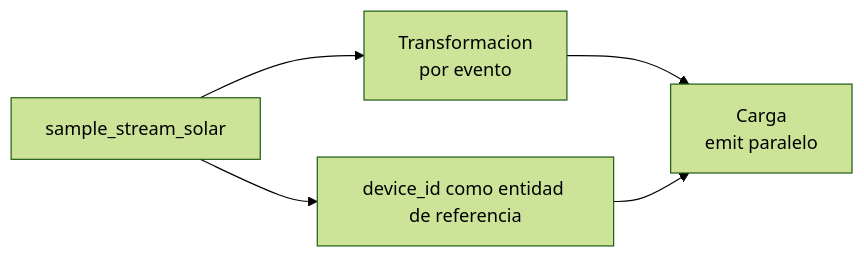
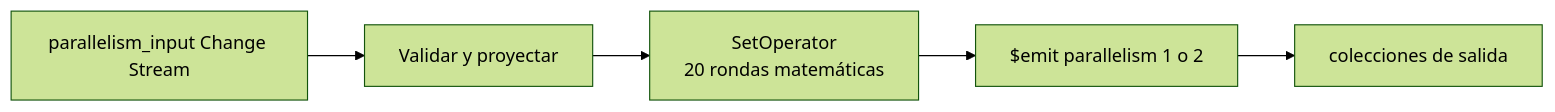
One commit to unai-ss/atlas-stream-processor-playground changed the diagram in projects/08-parallelism/README.md. Above: the diagram before and after it, drawn with Mermaid (forest theme). The commit also changed other lines of this file and 1 other file, not shown here.

````diff
--- a/projects/08-parallelism/README.md
+++ b/projects/08-parallelism/README.md
@@ -40,7 +41,7 @@
 ```mermaid
 flowchart LR
-    A[sample_stream_solar] --> B[Transformacion<br/>por evento]
-    B --> C[Carga<br/>emit paralelo]
-    A --> D[device_id como entidad de referencia]
-    D --> C
+    A[parallelism_input Change Stream] --> B[Validar y proyectar]
+    B --> C[SetOperator<br/>20 rondas matemáticas]
+    C --> D[$emit parallelism 1 o 2]
+    D --> E[colecciones de salida]
 ```
````
